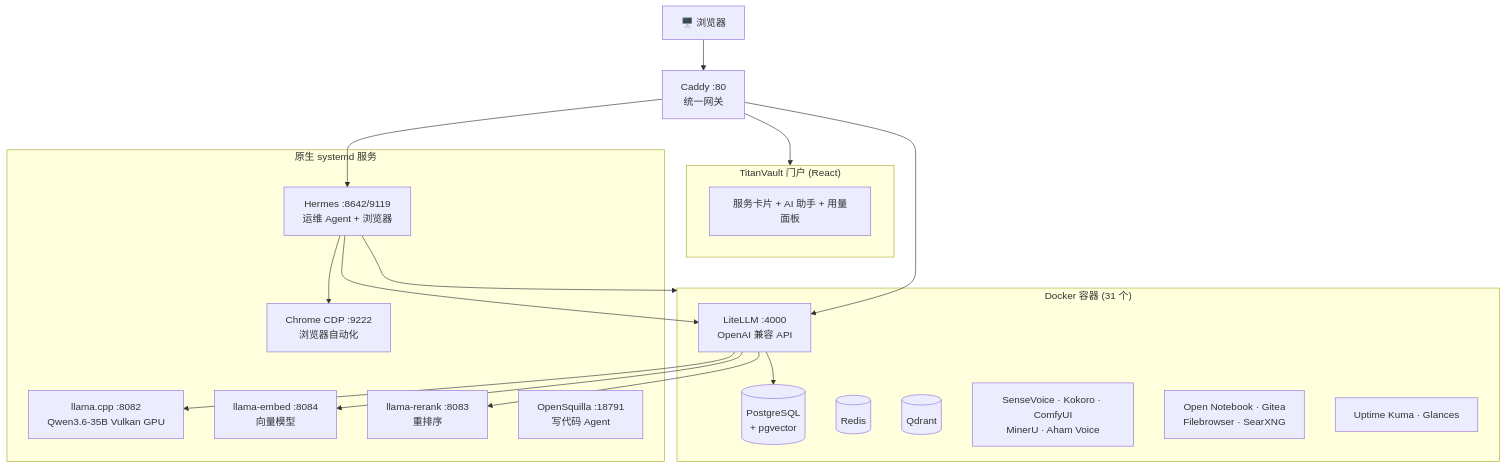
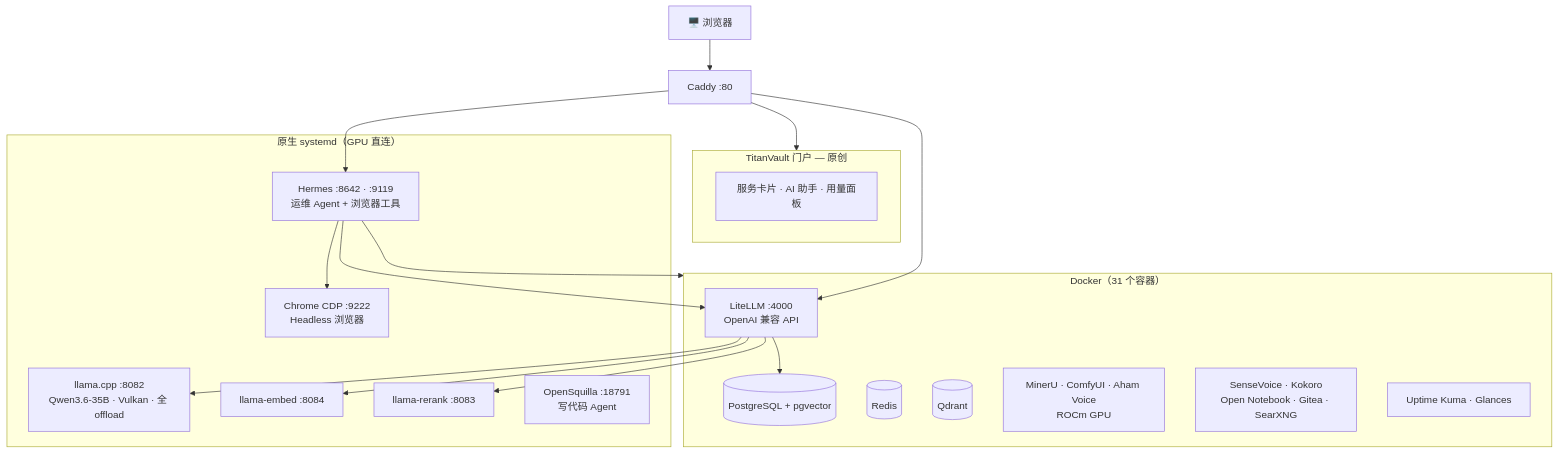
One commit to kaka86mm/TitanVault changed the diagram in readme/zh_HANS.md. Above: the diagram before and after it, drawn with Mermaid. The commit also changed other lines of this file and 1 other file, not shown here.

````diff
--- a/readme/zh_HANS.md
+++ b/readme/zh_HANS.md
@@ -94,39 +113,33 @@
 ```mermaid
 flowchart TD
-    User["🖥️ 浏览器"]
-    User --> Caddy["Caddy :80<br/>统一网关"]
+    User["🖥️ 浏览器"] --> Caddy["Caddy :80"]
 
-    subgraph Portal["TitanVault 门户 (React)"]
-        Dashboard["服务卡片 + AI 助手 + 用量面板"]
+    subgraph Portal["TitanVault 门户 — 原创"]
+        Dashboard["服务卡片 · AI 助手 · 用量面板"]
     end
     Caddy --> Portal
 
-    subgraph Native["原生 systemd 服务"]
-        LLM["llama.cpp :8082<br/>Qwen3.6-35B Vulkan GPU"]
-        Embed["llama-embed :8084<br/>向量模型"]
-        Rerank["llama-rerank :8083<br/>重排序"]
-        Hermes["Hermes :8642/9119<br/>运维 Agent + 浏览器"]
+    subgraph Native["原生 systemd（GPU 直连）"]
+        LLM["llama.cpp :8082<br/>Qwen3.6-35B · Vulkan · 全 offload"]
+        Embed["llama-embed :8084"]
+        Rerank["llama-rerank :8083"]
+        Hermes["Hermes :8642 · :9119<br/>运维 Agent + 浏览器工具"]
         Squilla["OpenSquilla :18791<br/>写代码 Agent"]
-        Chrome["Chrome CDP :9222<br/>浏览器自动化"]
+        Chrome["Chrome CDP :9222<br/>Headless 浏览器"]
     end
 
-    subgraph Docker["Docker 容器 (31 个)"]
+    subgraph Docker["Docker（31 个容器）"]
         LiteLLM["LiteLLM :4000<br/>OpenAI 兼容 API"]
-        PG[("PostgreSQL<br/>+ pgvector")]
+        PG[("PostgreSQL + pgvector")]
         Redis[("Redis")]
         Qdrant[("Qdrant")]
-        AI["SenseVoice · Kokoro · ComfyUI<br/>MinerU · Aham Voice"]
-        Apps["Open Notebook · Gitea<br/>Filebrowser · SearXNG"]
-        Monitor["Uptime Kuma · Glances"]
+        ROCm["MinerU · ComfyUI · Aham Voice<br/>ROCm GPU"]
+        CPU["SenseVoice · Kokoro<br/>Open Notebook · Gitea · SearXNG"]
+        Obs["Uptime Kuma · Glances"]
     end
 
-    Caddy --> LiteLLM
-    Caddy --> Hermes
-    LiteLLM --> LLM
-    LiteLLM --> Embed
-    LiteLLM --> Rerank
-    Hermes --> Chrome
-    Hermes --> LiteLLM
-    Hermes --> Docker
+    Caddy --> LiteLLM & Hermes
+    LiteLLM --> LLM & Embed & Rerank
+    Hermes --> Chrome & LiteLLM & Docker
     LiteLLM --> PG
 ```
````
